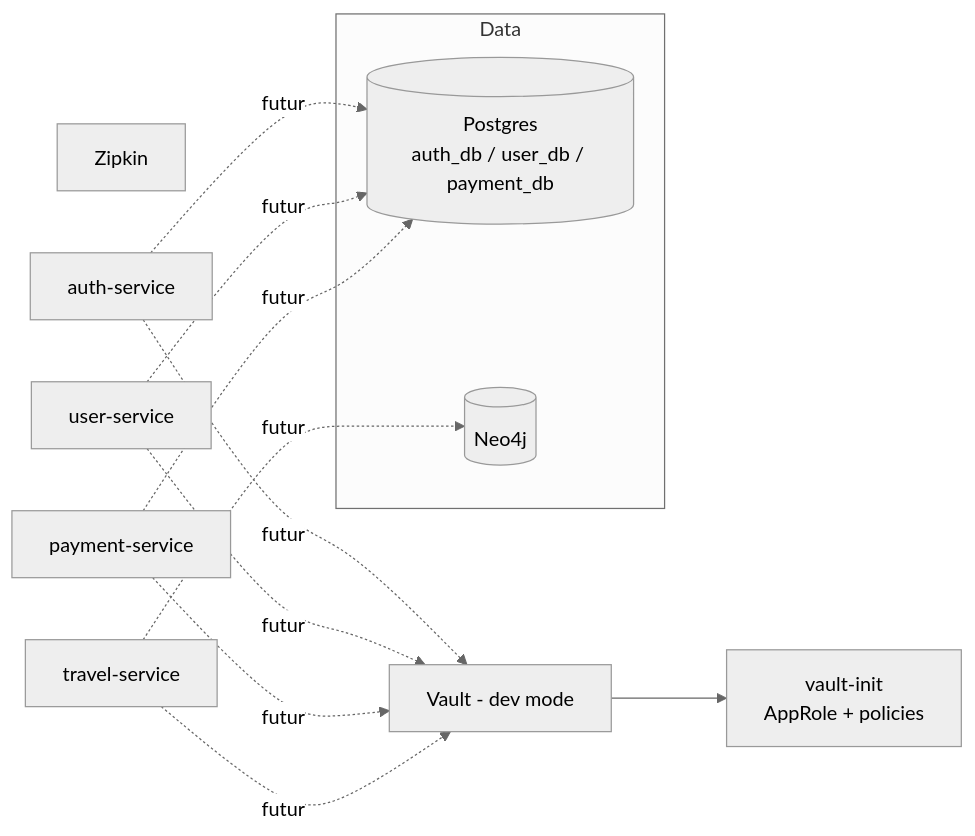
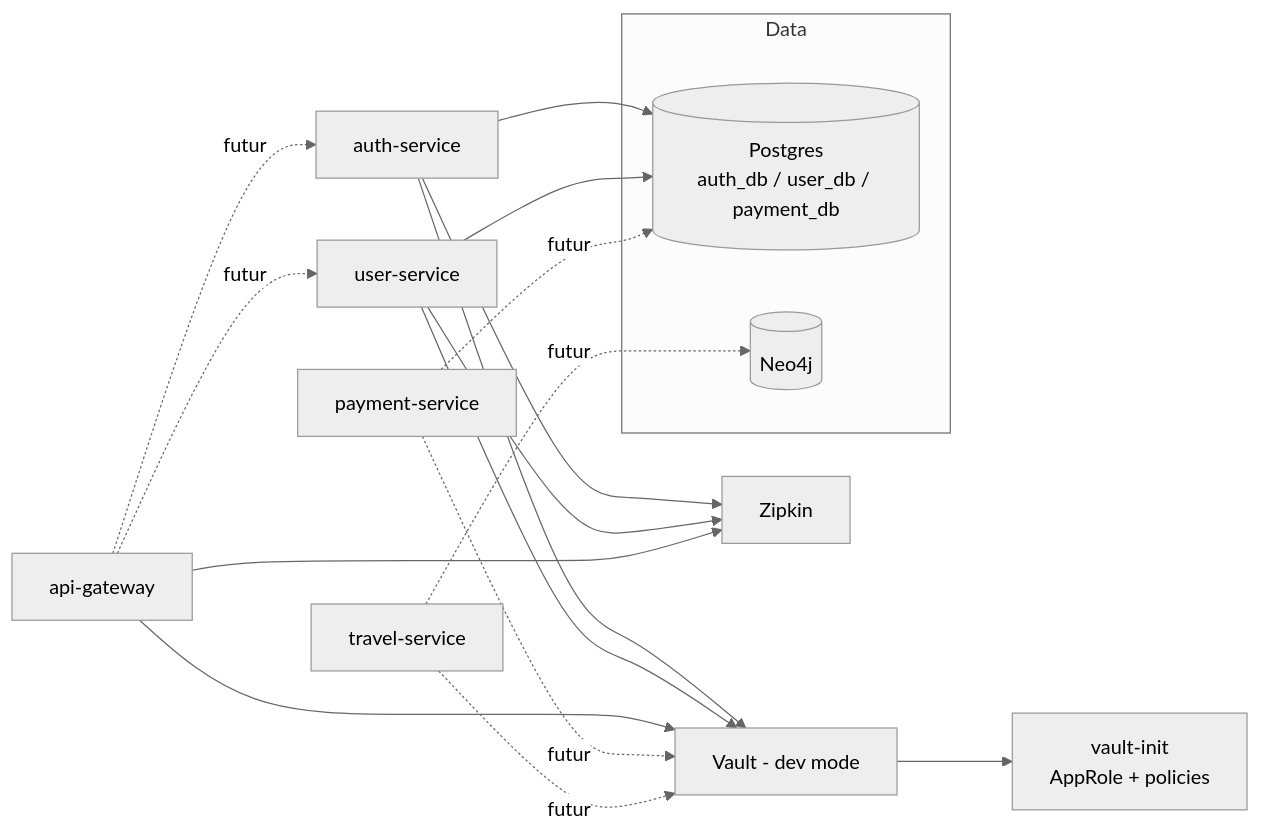
One commit to Dahreau/travel-plan changed the diagram in docs/02-app-infra.md. Above: the diagram before and after it, drawn with Mermaid (neutral theme). The commit also changed other lines of this file and 23 other files, not shown here.

Commit message:
feat(api-gateway): add JWT authentication and update service configurations

````diff
--- a/docs/02-app-infra.md
+++ b/docs/02-app-infra.md
@@ -73,18 +73,24 @@
 ```mermaid
 flowchart LR
     subgraph Data
         PG[(Postgres<br/>auth_db / user_db / payment_db)]
         NEO[(Neo4j)]
     end
     Vault[Vault - dev mode] --> VaultInit[vault-init<br/>AppRole + policies]
     Zipkin[Zipkin]
 
-    AuthS[auth-service] -.futur.-> PG
-    UserS[user-service] -.futur.-> PG
+    Gateway[api-gateway] -.futur.-> AuthS
+    Gateway -.futur.-> UserS
+    AuthS[auth-service] --> PG
+    UserS[user-service] --> PG
     PayS[payment-service] -.futur.-> PG
     TravelS[travel-service] -.futur.-> NEO
-    AuthS -.futur.-> Vault
-    UserS -.futur.-> Vault
+    AuthS --> Vault
+    UserS --> Vault
+    Gateway --> Vault
     PayS -.futur.-> Vault
     TravelS -.futur.-> Vault
+    AuthS --> Zipkin
+    UserS --> Zipkin
+    Gateway --> Zipkin
 ```
````
